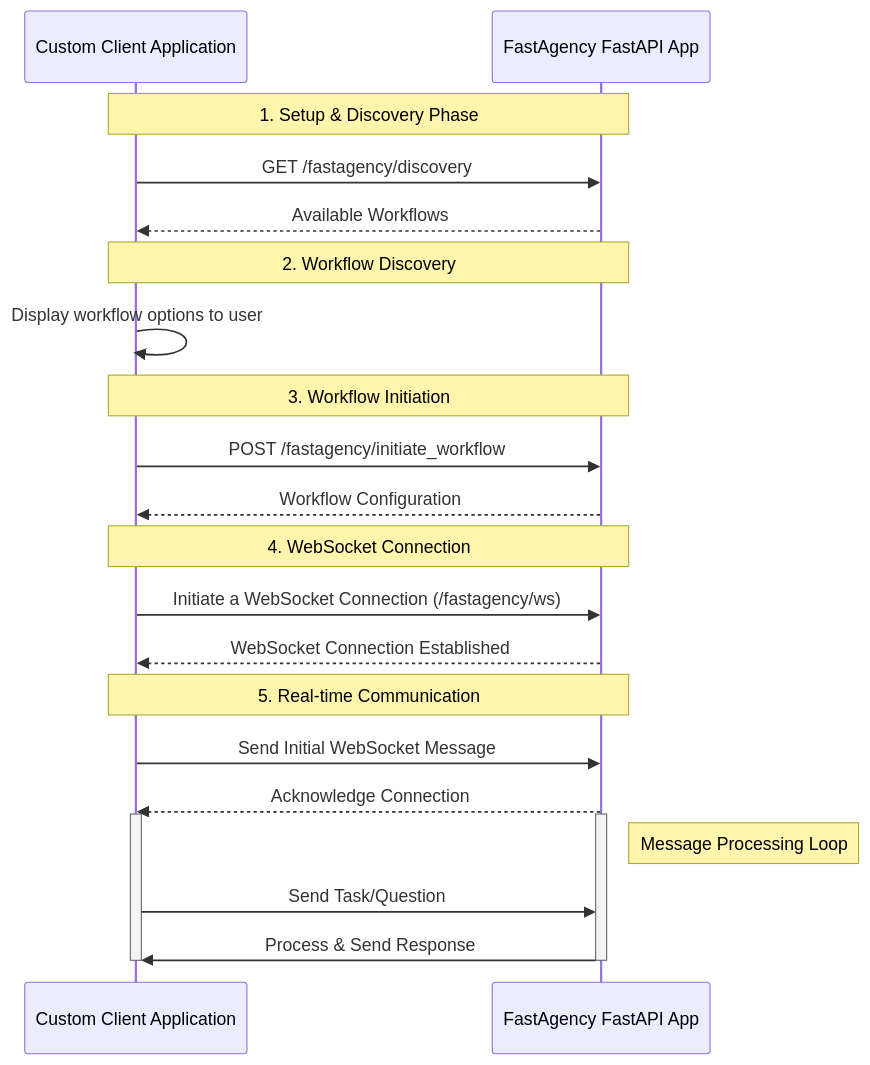
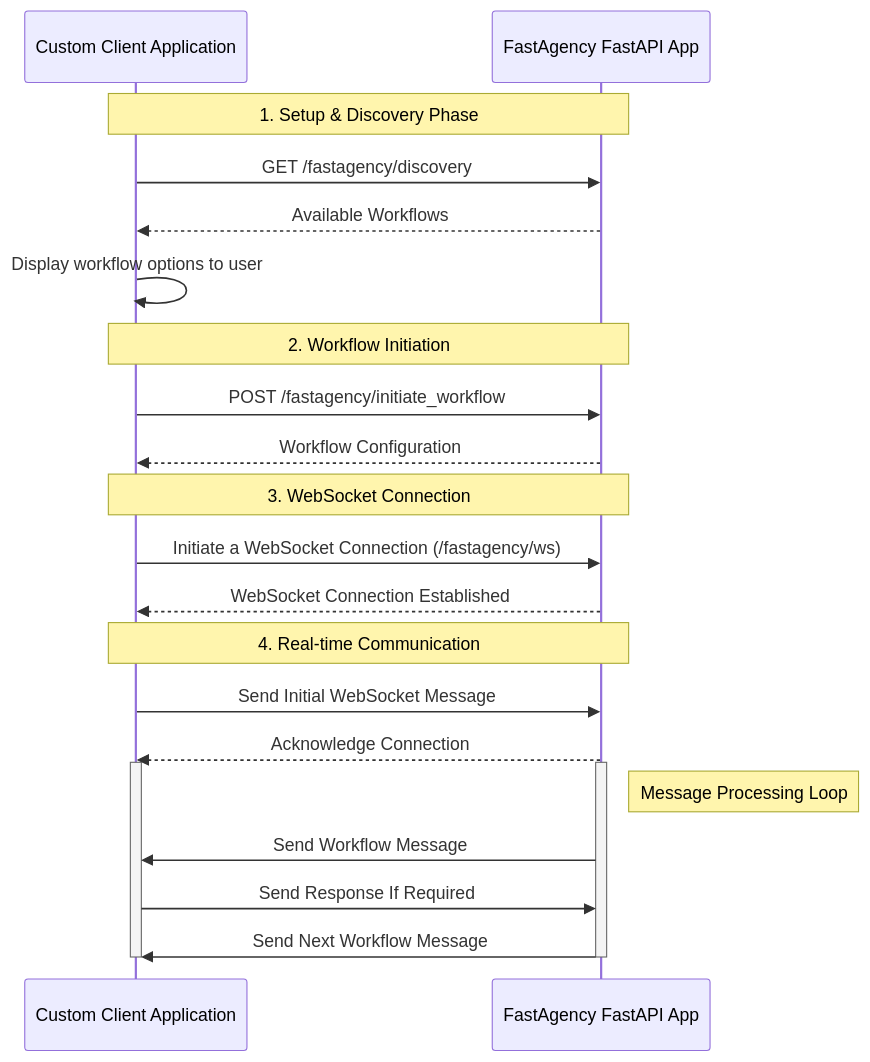
Before and after one commit to airtai/fastagency: the diagram in docs/docs/en/user-guide/adapters/fastapi/index.md, drawn with Mermaid. The commit also changed other lines of this file and 1 other file, not shown here.

````diff
--- a/docs/docs/en/user-guide/adapters/fastapi/index.md
+++ b/docs/docs/en/user-guide/adapters/fastapi/index.md
@@ -99,32 +99,32 @@
     ```mermaid
     sequenceDiagram
     participant Client as Custom Client Application
     participant FastAPI as FastAgency FastAPI App
 
     Note over Client,FastAPI: 1. Setup & Discovery Phase
     Client->>FastAPI: GET /fastagency/discovery
     FastAPI-->>Client: Available Workflows
 
-    Note over Client,FastAPI: 2. Workflow Discovery
     Client->>Client: Display workflow options to user
 
-    Note over Client,FastAPI: 3. Workflow Initiation
+    Note over Client,FastAPI: 2. Workflow Initiation
     Client->>FastAPI: POST /fastagency/initiate_workflow
     FastAPI-->>Client: Workflow Configuration
 
-    Note over Client,FastAPI: 4. WebSocket Connection
+    Note over Client,FastAPI: 3. WebSocket Connection
     Client->>FastAPI: Initiate a WebSocket Connection (/fastagency/ws)
     FastAPI-->>Client: WebSocket Connection Established
 
-    Note over Client,FastAPI: 5. Real-time Communication
+    Note over Client,FastAPI: 4. Real-time Communication
     Client->>FastAPI: Send Initial WebSocket Message
     FastAPI-->>Client: Acknowledge Connection
 
     activate FastAPI
     activate Client
     Note right of FastAPI: Message Processing Loop
-    Client->>FastAPI: Send Task/Question
-    FastAPI->>Client: Process & Send Response
+    FastAPI->>Client: Send Workflow Message
+    Client->>FastAPI: Send Response If Required
+    FastAPI->>Client: Send Next Workflow Message
     deactivate Client
     deactivate FastAPI
     ```
````
